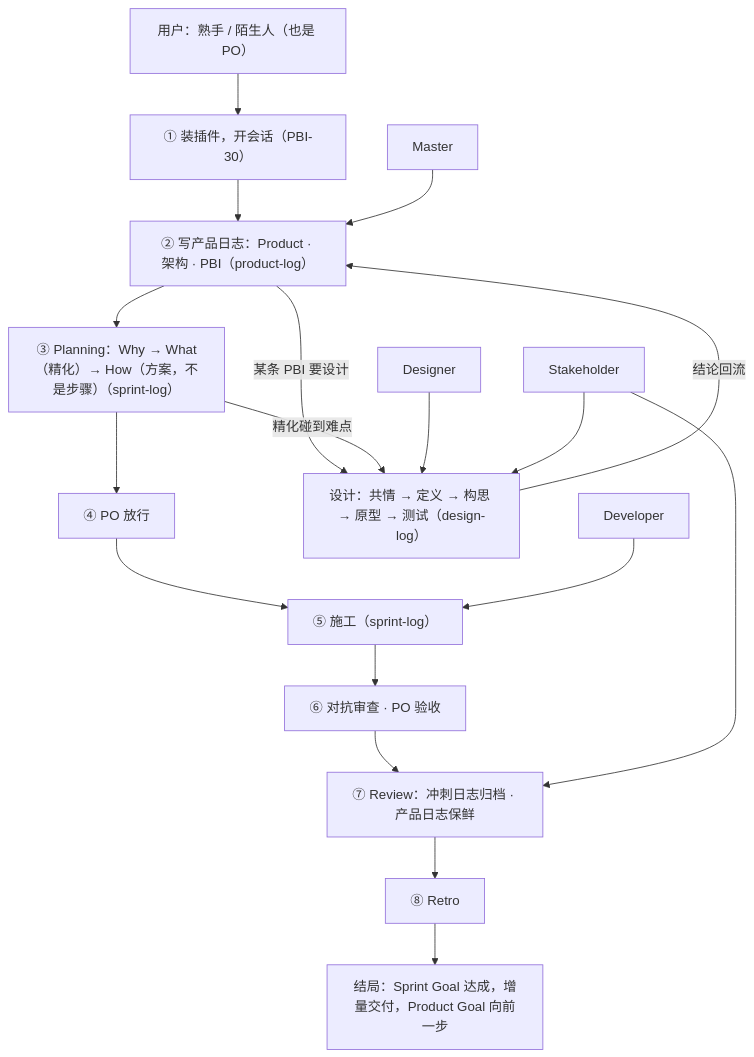
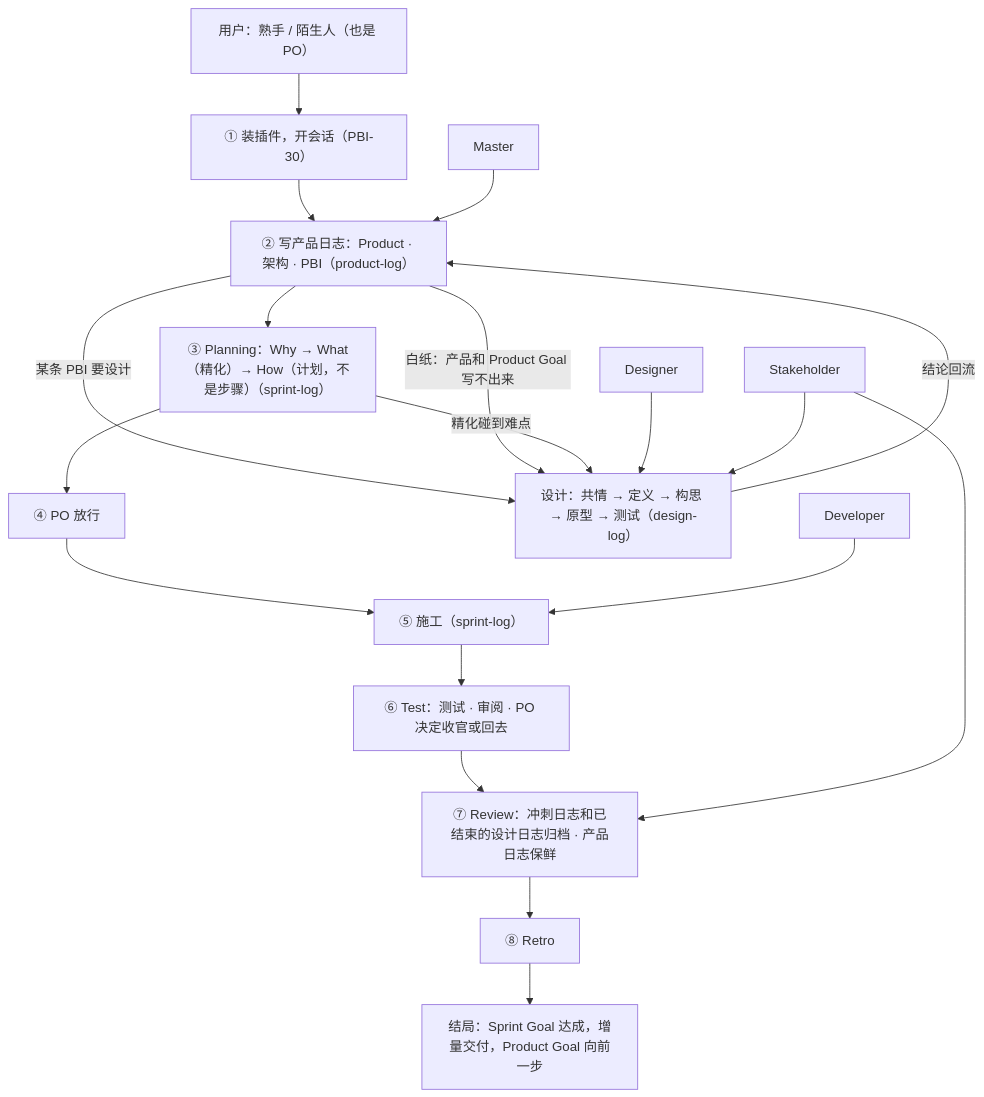
The diagram in scrum/ProductBacklog.md (seapawn1/IDEO-Scrum), drawn with Mermaid before and after one commit. The commit also changed other lines of this file and 21 other files, not shown here.

First line of the commit message:
docs(Sprint 14): 收官——Review、产品日志保鲜、Retro，发版 v5.2.0

````diff
--- a/scrum/ProductBacklog.md
+++ b/scrum/ProductBacklog.md
@@ -60,25 +60,26 @@
 ```mermaid
 flowchart TD
     U["用户：熟手 / 陌生人（也是 PO）"]
     M["Master"]
     D["Developer"]
     G["Designer"]
     S["Stakeholder"]
     U --> A["① 装插件，开会话（PBI-30）"]
     A --> B["② 写产品日志：Product · 架构 · PBI（product-log）"]
     M --> B
-    B --> C["③ Planning：Why → What（精化）→ How（方案，不是步骤）（sprint-log）"]
+    B --> C["③ Planning：Why → What（精化）→ How（计划，不是步骤）（sprint-log）"]
     B -- "某条 PBI 要设计" --> X["设计：共情 → 定义 → 构思 → 原型 → 测试（design-log）"]
+    B -- "白纸：产品和 Product Goal 写不出来" --> X
     C -- "精化碰到难点" --> X
     G --> X
     S --> X
     X -- "结论回流" --> B
     C --> P["④ PO 放行"]
     P --> W["⑤ 施工（sprint-log）"]
     D --> W
-    W --> R["⑥ 对抗审查 · PO 验收"]
-    R --> V["⑦ Review：冲刺日志归档 · 产品日志保鲜"]
+    W --> R["⑥ Test：测试 · 审阅 · PO 决定收官或回去"]
+    R --> V["⑦ Review：冲刺日志和已结束的设计日志归档 · 产品日志保鲜"]
     S --> V
     V --> T["⑧ Retro"]
     T --> E["结局：Sprint Goal 达成，增量交付，Product Goal 向前一步"]
 ```
````
